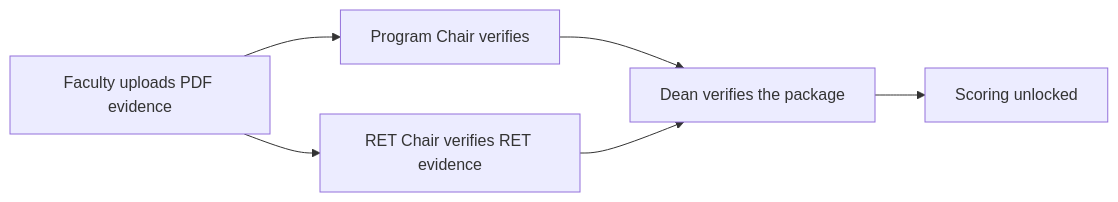
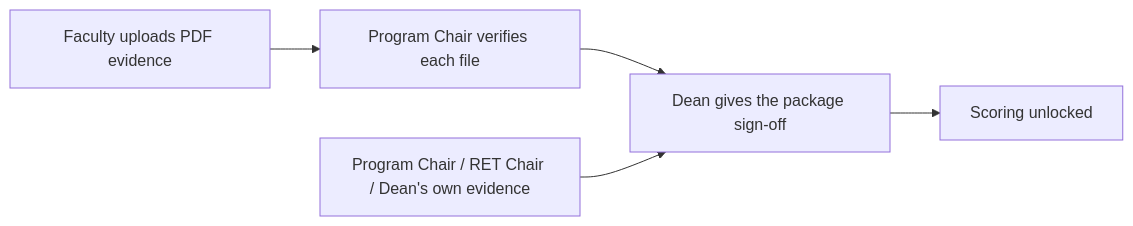
Before and after one commit to dipcr/Management-PCR: the diagram in wiki/pages/dean/06-evidence-verification.md, drawn with Mermaid. The commit also changed other lines of this file and 11 other files, not shown here.

First line of the commit message:
Docs: clarify Dean approval flow and evidence verification responsibilities

````diff
--- a/wiki/pages/dean/06-evidence-verification.md
+++ b/wiki/pages/dean/06-evidence-verification.md
@@ -17,8 +19,7 @@
 ```mermaid
 flowchart LR
-    F[Faculty uploads PDF evidence] --> C[Program Chair verifies]
-    F --> R[RET Chair verifies RET evidence]
-    C --> D[Dean verifies the package]
-    R --> D
+    F[Faculty uploads PDF evidence] --> C[Program Chair verifies each file]
+    C --> D[Dean gives the package sign-off]
+    X[Program Chair / RET Chair / Dean's own evidence] --> D
     D --> S[Scoring unlocked]
 ```
````
